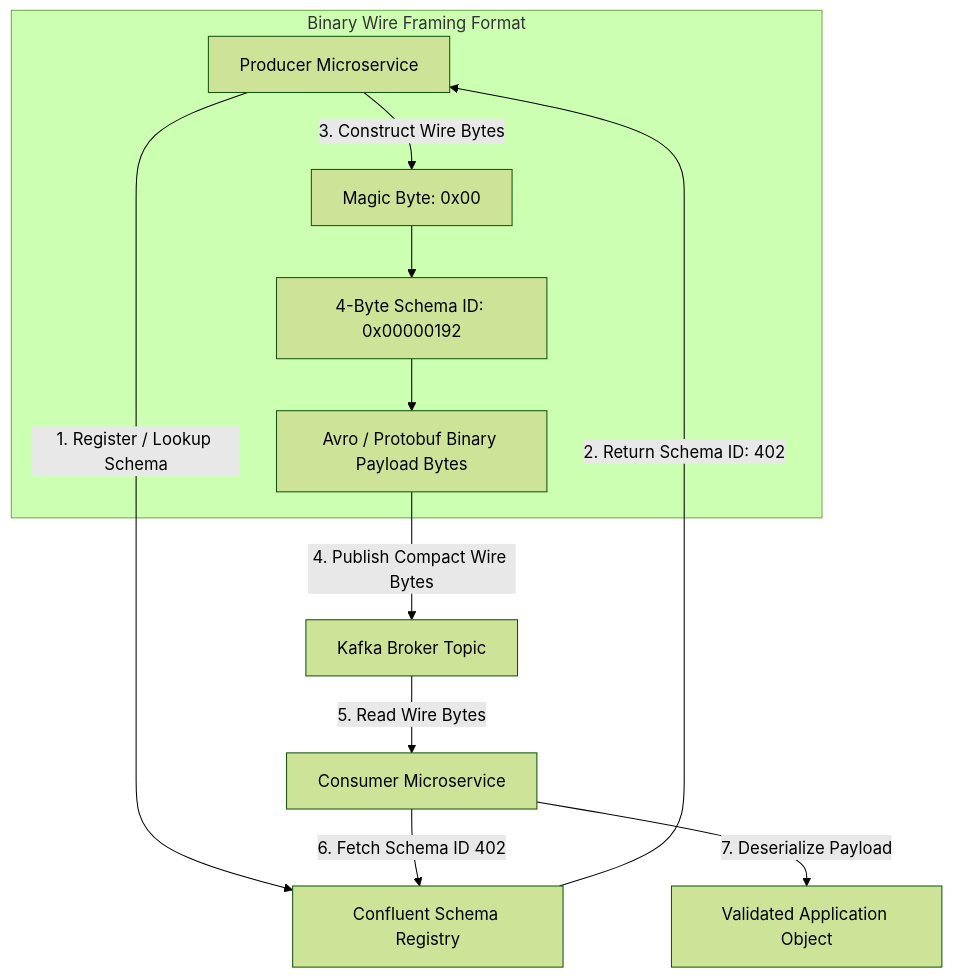
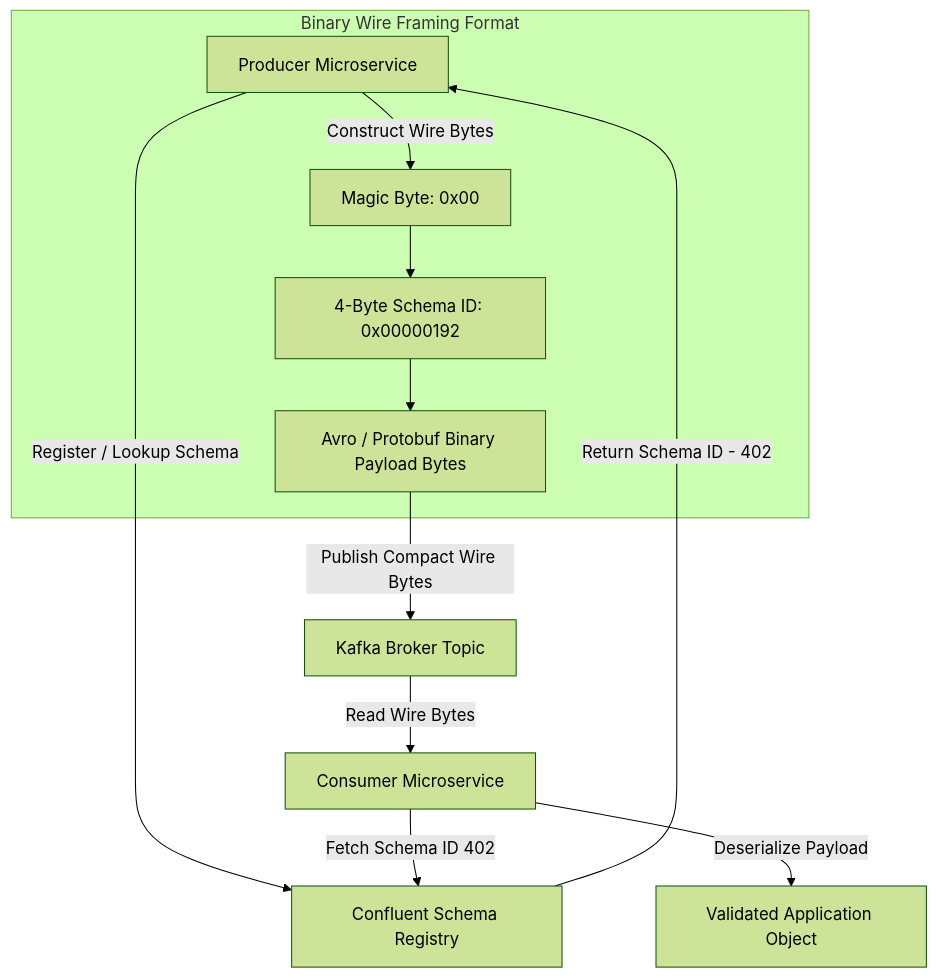
The diagram in blog/posts/schema-evolution-contract-enforcement-confluent-schema-registry.md (akmalkhaniub/akmalkhaniub.github.io), drawn with Mermaid (forest theme) before and after one commit. The commit also changed 411 other files, not shown here.

````diff
--- a/blog/posts/schema-evolution-contract-enforcement-confluent-schema-registry.md
+++ b/blog/posts/schema-evolution-contract-enforcement-confluent-schema-registry.md
@@ -17,16 +17,16 @@
 ```mermaid
-graph TD
-  A[Producer Microservice] -->|1. Register / Lookup Schema| B[Confluent Schema Registry]
-  B -->|2. Return Schema ID: 402| A
+flowchart TD
+  A[Producer Microservice] -->|Register / Lookup Schema| B[Confluent Schema Registry]
+  B -->|Return Schema ID - 402| A
   
   subgraph SG1_BinaryWireFraming ["Binary Wire Framing Format"]
-    A -->|3. Construct Wire Bytes| C[Magic Byte: 0x00]
+    A -->|Construct Wire Bytes| C[Magic Byte: 0x00]
     C --> D[4-Byte Schema ID: 0x00000192]
     D --> E[Avro / Protobuf Binary Payload Bytes]
   end
   
-  E -->|4. Publish Compact Wire Bytes| F[Kafka Broker Topic]
-  F -->|5. Read Wire Bytes| G[Consumer Microservice]
-  G -->|6. Fetch Schema ID 402| B
-  G -->|7. Deserialize Payload| H[Validated Application Object]
+  E -->|Publish Compact Wire Bytes| F[Kafka Broker Topic]
+  F -->|Read Wire Bytes| G[Consumer Microservice]
+  G -->|Fetch Schema ID 402| B
+  G -->|Deserialize Payload| H[Validated Application Object]
 ```
````
